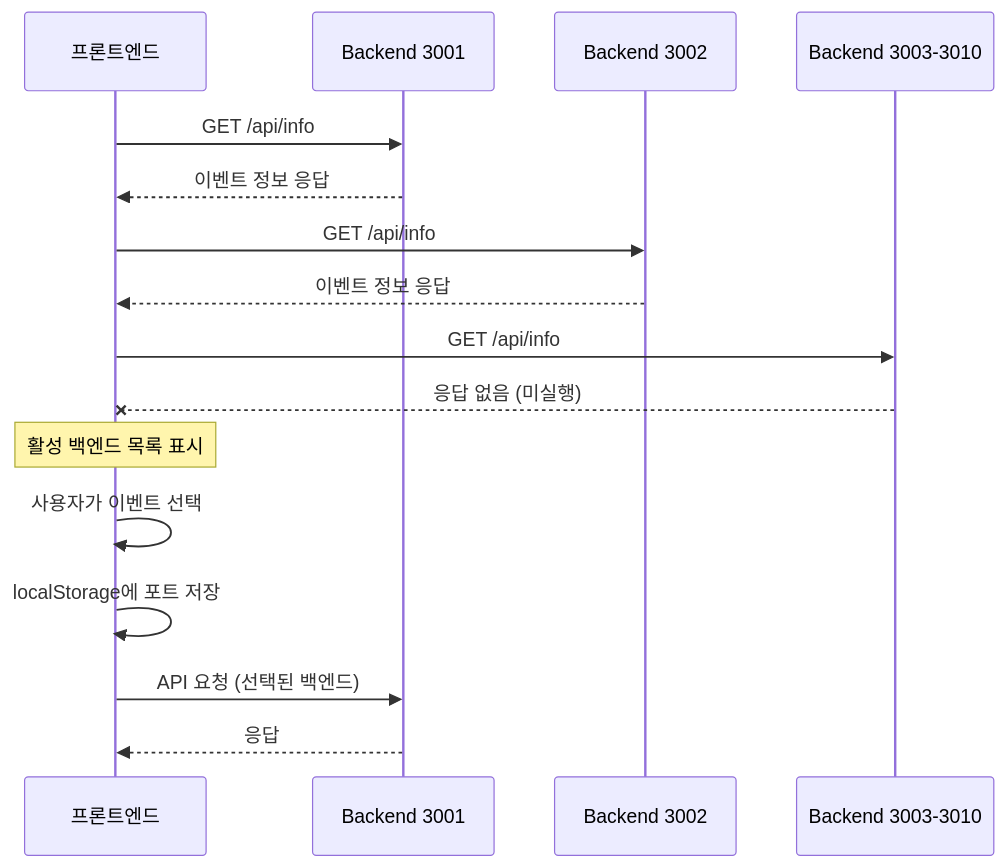
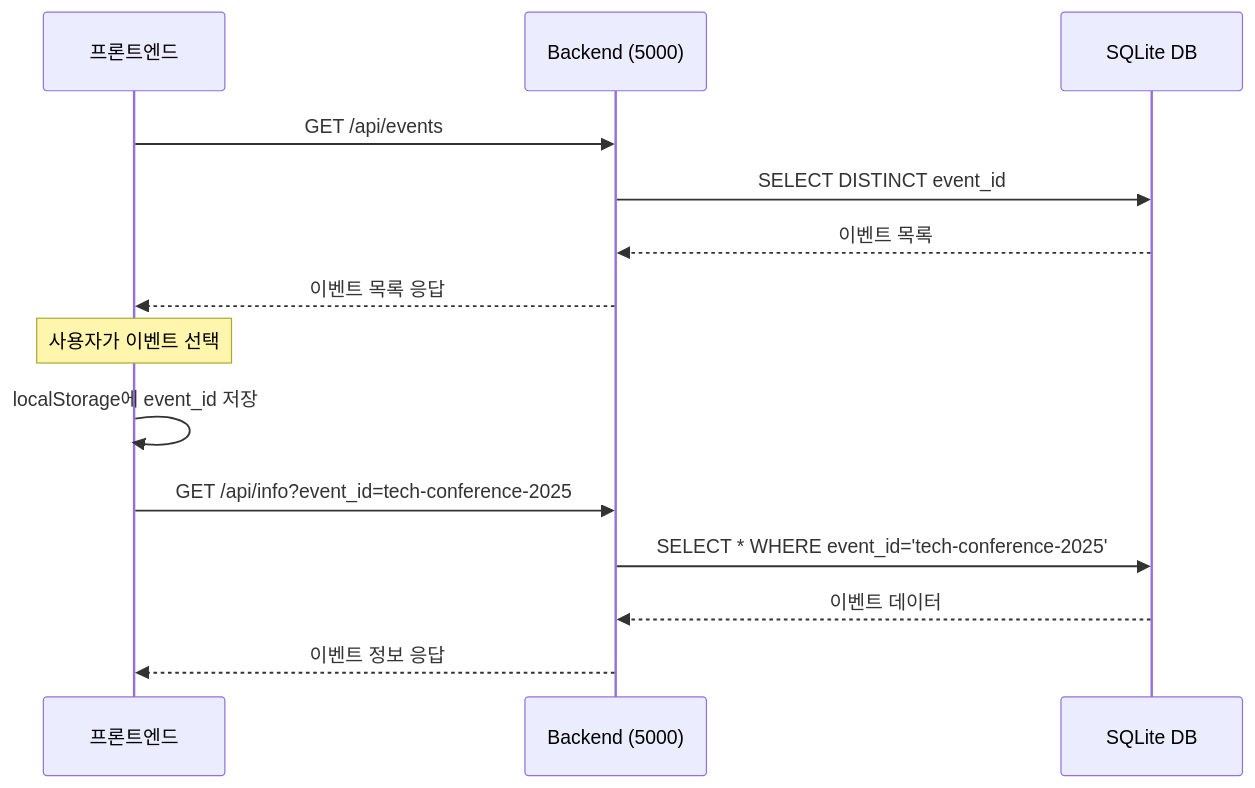
One commit to pghoya2956/QR-Entrance-System changed the fourth of 5 diagrams in CLAUDE.md. Above: the diagram before and after it, drawn with Mermaid. The commit also changed other lines of this file and 36 other files, not shown here.

````diff
--- a/CLAUDE.md
+++ b/CLAUDE.md
@@ -152,21 +148,19 @@
 ```mermaid
 sequenceDiagram
     participant FE as 프론트엔드
-    participant BE1 as Backend 3001
-    participant BE2 as Backend 3002
-    participant BE3 as Backend 3003-3010
+    participant BE as Backend (5000)
+    participant DB as SQLite DB
     
-    FE->>BE1: GET /api/info
-    BE1-->>FE: 이벤트 정보 응답
-    FE->>BE2: GET /api/info
-    BE2-->>FE: 이벤트 정보 응답
-    FE->>BE3: GET /api/info
-    BE3--xFE: 응답 없음 (미실행)
+    FE->>BE: GET /api/events
+    BE->>DB: SELECT DISTINCT event_id
+    DB-->>BE: 이벤트 목록
+    BE-->>FE: 이벤트 목록 응답
     
-    Note over FE: 활성 백엔드 목록 표시
-    FE->>FE: 사용자가 이벤트 선택
-    FE->>FE: localStorage에 포트 저장
+    Note over FE: 사용자가 이벤트 선택
+    FE->>FE: localStorage에 event_id 저장
     
-    FE->>BE1: API 요청 (선택된 백엔드)
-    BE1-->>FE: 응답
+    FE->>BE: GET /api/info?event_id=tech-conference-2025
+    BE->>DB: SELECT * WHERE event_id='tech-conference-2025'
+    DB-->>BE: 이벤트 데이터
+    BE-->>FE: 이벤트 정보 응답
 ```
````
